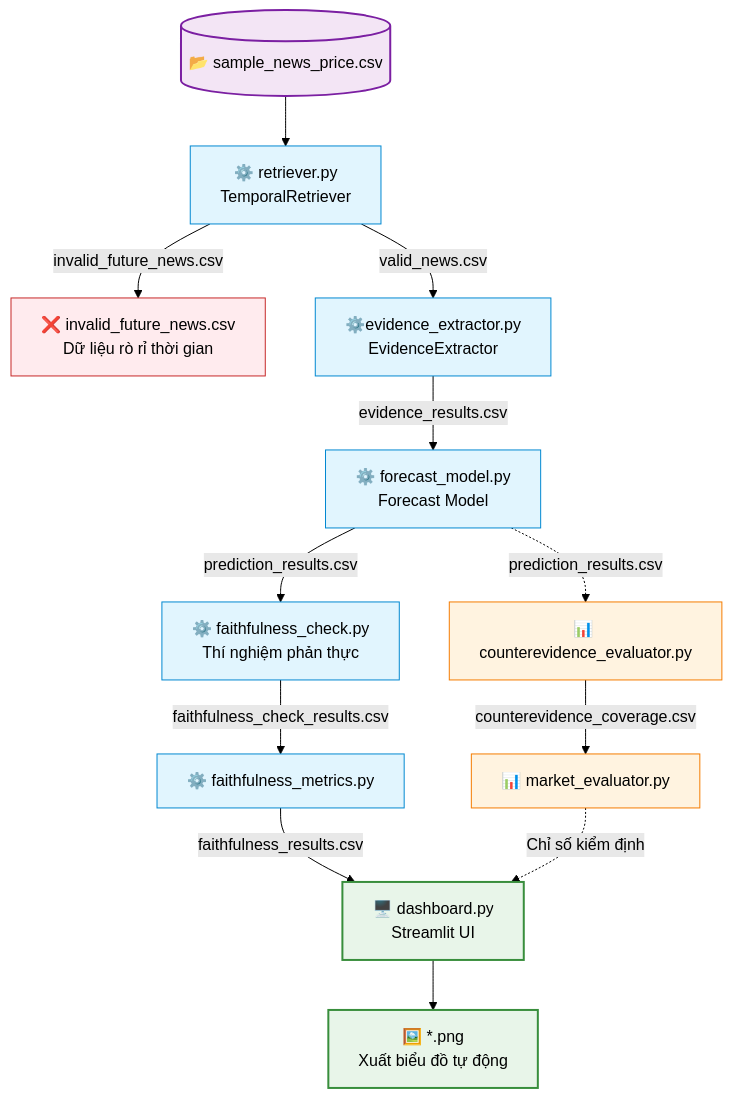
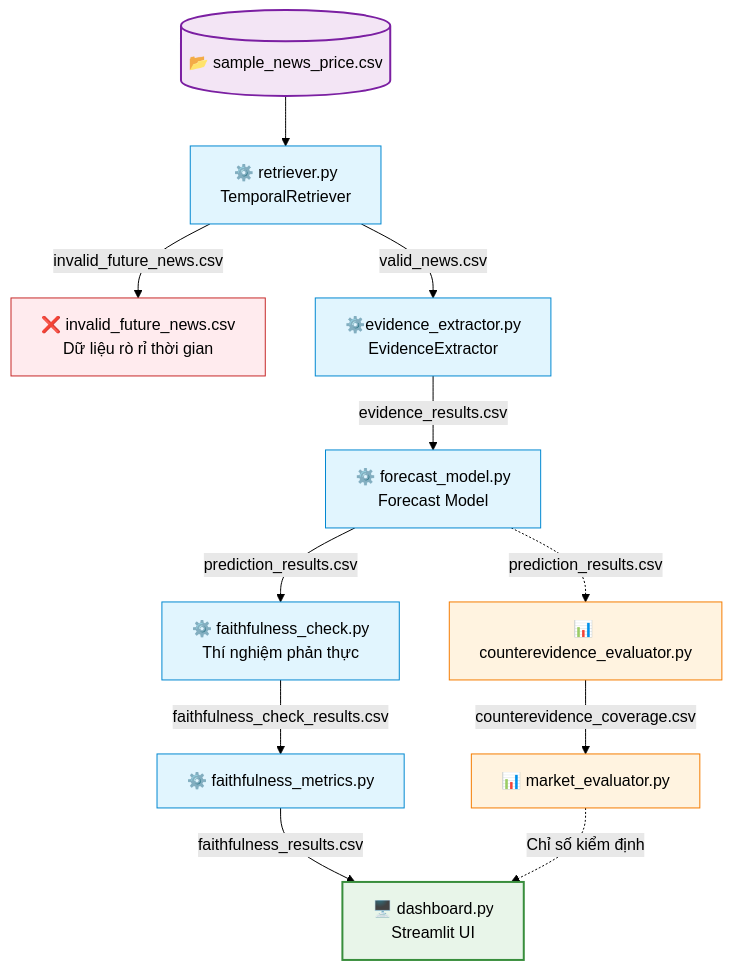
Before and after one commit to danghuy0104/faithful-evidence-forecasting: the diagram in README.md, drawn with Mermaid (forest theme).

````diff
--- a/README.md
+++ b/README.md
@@ -35,33 +35,32 @@
 ```mermaid
 flowchart TD
     %% Luồng xử lý dữ liệu và trích xuất tin tức
     DATA[("📂 sample_news_price.csv")]:::data --> RET["⚙️ retriever.py <br> TemporalRetriever"]:::core
     
     RET -->|"invalid_future_news.csv"| LEAK["❌ invalid_future_news.csv <br> Dữ liệu rò rỉ thời gian"]:::error
     RET -->|"valid_news.csv"| EXT["⚙️evidence_extractor.py <br> EvidenceExtractor"]:::core
     
     %% Trục Pipeline cốt lõi
     EXT -->|"evidence_results.csv"| MODEL["⚙️ forecast_model.py <br> Forecast Model"]:::core
     
     %% Phân nhánh đánh giá
     MODEL -->|"prediction_results.csv"| CHECK["⚙️ faithfulness_check.py <br> Thí nghiệm phản thực"]:::core
     MODEL -.->|"prediction_results.csv"| CE_EVAL["📊 counterevidence_evaluator.py"]:::side
     
     %% Tiến trình nhánh phụ (Đánh giá thị trường)
     CE_EVAL -->|"counterevidence_coverage.csv"| MKT_EVAL["📊 market_evaluator.py"]:::side
     
     %% Tiến trình nhánh chính (Đánh giá độ trung thực)
     CHECK -->|"faithfulness_check_results.csv"| METRICS["⚙️ faithfulness_metrics.py"]:::core
     METRICS -->|"faithfulness_results.csv"| DASH["🖥️ dashboard.py <br> Streamlit UI"]:::ui
     
     %% Tổng hợp kết quả về Dashboard
     MKT_EVAL -.->|"Chỉ số kiểm định"| DASH
-    DASH --> OUTPUT["🖼️ *.png <br> Xuất biểu đồ tự động"]:::ui
 
     %% Định nghĩa bảng màu trực quan (Styles)
     classDef core fill:#e1f5fe,stroke:#0288d1,stroke-width:1px;
     classDef side fill:#fff3e0,stroke:#f57c00,stroke-width:1px;
     classDef data fill:#f3e5f5,stroke:#7b1fa2,stroke-width:2px;
     classDef ui fill:#e8f5e9,stroke:#388e3c,stroke-width:2px;
     classDef error fill:#ffebee,stroke:#c62828,stroke-width:1px;
 ```
````
